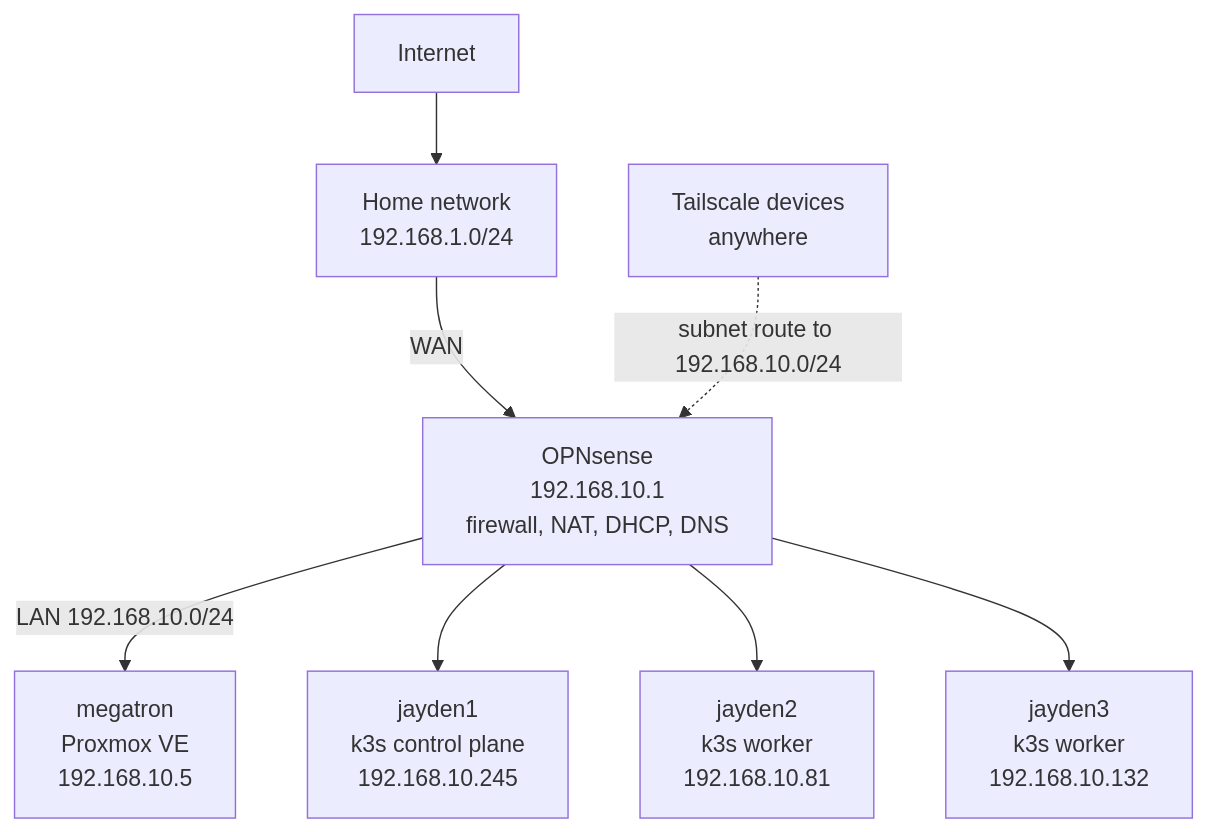
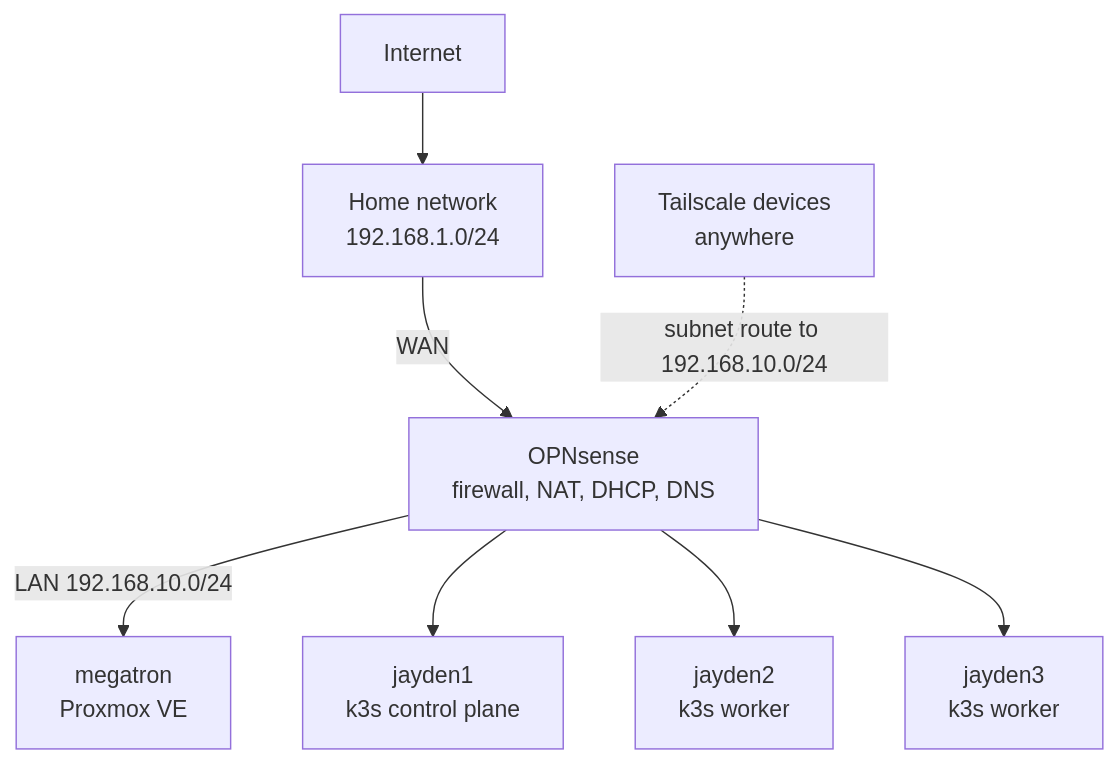
One commit to jaydendh/Homelab changed the first of 2 diagrams in network/README.md. Above: the diagram before and after it, drawn with Mermaid. The commit also changed other lines of this file and 3 other files, not shown here.

````diff
--- a/network/README.md
+++ b/network/README.md
@@ -11,10 +11,10 @@
 ```mermaid
 flowchart TD
     I["Internet"] --> H["Home network<br/>192.168.1.0/24"]
-    H -->|"WAN"| O["OPNsense<br/>192.168.10.1<br/>firewall, NAT, DHCP, DNS"]
-    O -->|"LAN 192.168.10.0/24"| P["megatron<br/>Proxmox VE<br/>192.168.10.5"]
-    O --> N1["jayden1<br/>k3s control plane<br/>192.168.10.245"]
-    O --> N2["jayden2<br/>k3s worker<br/>192.168.10.81"]
-    O --> N3["jayden3<br/>k3s worker<br/>192.168.10.132"]
+    H -->|"WAN"| O["OPNsense<br/>firewall, NAT, DHCP, DNS"]
+    O -->|"LAN 192.168.10.0/24"| P["megatron<br/>Proxmox VE"]
+    O --> N1["jayden1<br/>k3s control plane"]
+    O --> N2["jayden2<br/>k3s worker"]
+    O --> N3["jayden3<br/>k3s worker"]
     T["Tailscale devices<br/>anywhere"] -.->|"subnet route to 192.168.10.0/24"| O
 ```
````
